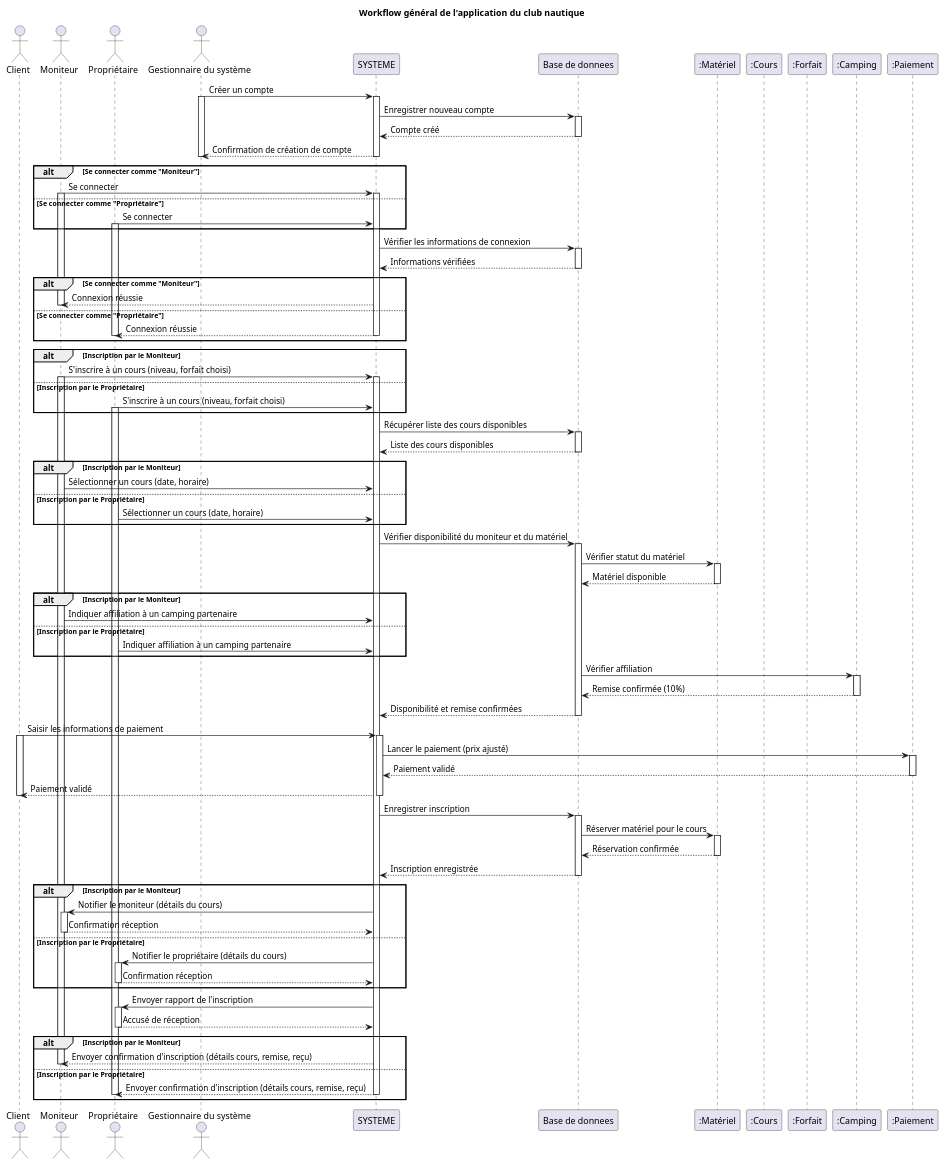
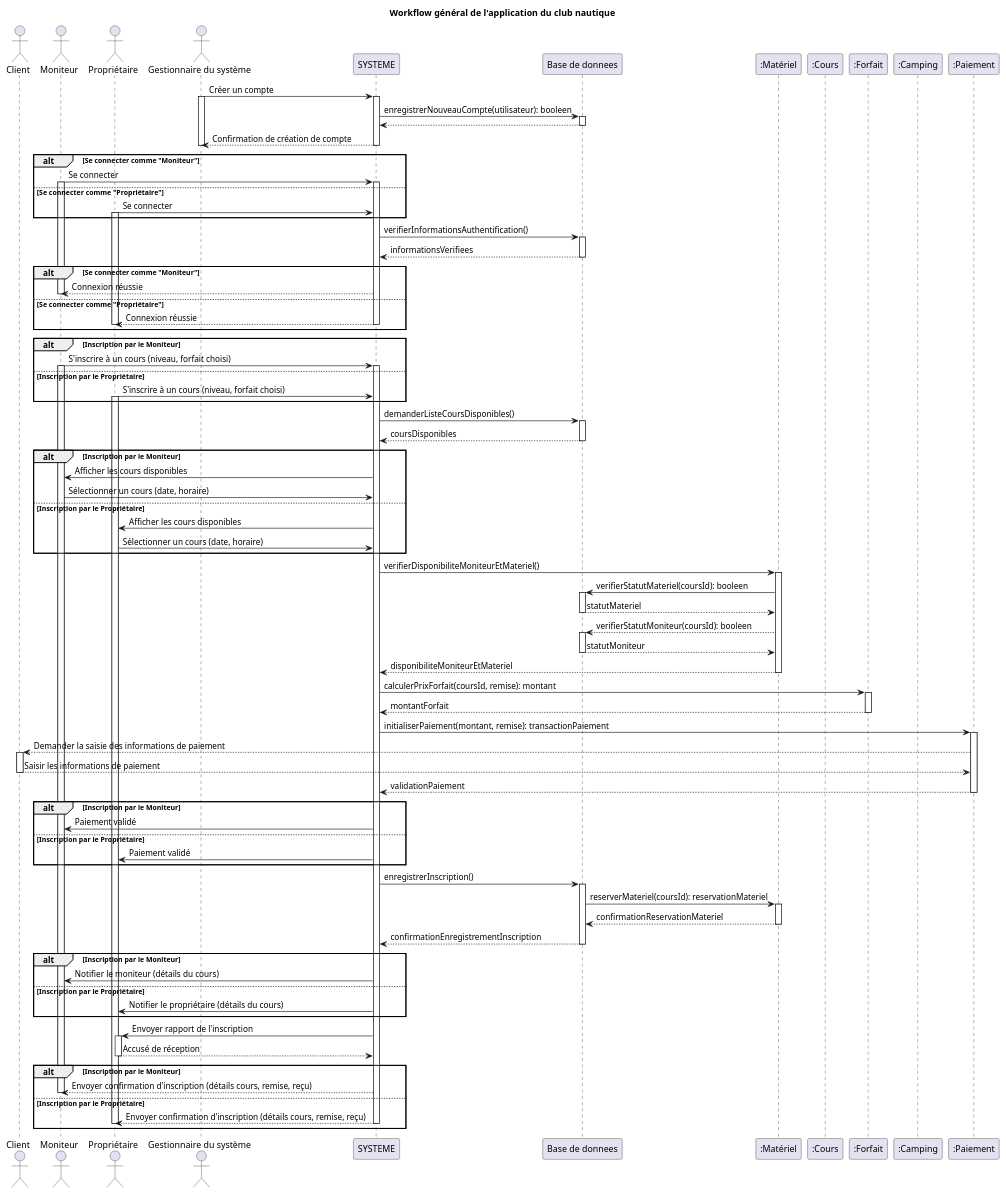
Before and after one commit to Hugo-COLLIN/MIAGE_CSI_NauticalClub: the diagram in docs/1-analysis/sequenceDiagrams/workflowSequenceDiagram.puml, drawn with PlantUML.

Commit message:
docs: complete review and changes

```diff
--- a/docs/1-analysis/sequenceDiagrams/workflowSequenceDiagram.puml
+++ b/docs/1-analysis/sequenceDiagrams/workflowSequenceDiagram.puml
@@ -1,138 +1,153 @@
 @startuml
 actor Client as C
 actor "Moniteur" as M
 actor "Propriétaire" as P
 actor "Gestionnaire du système" as A
 participant "SYSTEME" as App
 participant "Base de donnees" as DB
 participant ":Matériel" as Mat
 participant ":Cours" as Cour
 participant ":Forfait" as Forf
 participant ":Camping" as Camp
 participant ":Paiement" as Pay
 
 title Workflow général de l'application du club nautique
 
+' --- Création de compte ---
 A -> App : Créer un compte
 activate A
 activate App
-App -> DB : Enregistrer nouveau compte
+App -> DB : enregistrerNouveauCompte(utilisateur): booleen
 activate DB
-DB --> App : Compte créé
+DB --> App
 deactivate DB
 App --> A : Confirmation de création de compte
 deactivate App
 deactivate A
 
+/'
+alt Inscription par le Moniteur
+    M -> App : Indiquer affiliation à un camping partenaire
+else Inscription par le Propriétaire
+    P -> App : Indiquer affiliation à un camping partenaire
+end
+'/
+
+' --- Authentification ---
 alt Se connecter comme "Moniteur"
     M -> App : Se connecter
     activate M
     activate App
 else Se connecter comme "Propriétaire"
     P -> App : Se connecter
     activate P
 end
 
-App -> DB : Vérifier les informations de connexion
+App -> DB : verifierInformationsAuthentification()
 activate DB
-DB --> App : Informations vérifiées
+DB --> App : informationsVerifiees
 deactivate DB
 
 alt Se connecter comme "Moniteur"
     App --> M : Connexion réussie
     deactivate M
 else Se connecter comme "Propriétaire"
     App --> P : Connexion réussie
     deactivate P
     deactivate App
 end
 
+' --- Inscription à un cours ---
 alt Inscription par le Moniteur
     M -> App : S'inscrire à un cours (niveau, forfait choisi)
     activate M
     activate App
 else Inscription par le Propriétaire
     P -> App : S'inscrire à un cours (niveau, forfait choisi)
     activate P
 end
 
 activate App
 
-App -> DB : Récupérer liste des cours disponibles
+App -> DB : demanderListeCoursDisponibles()
 activate DB
-DB --> App : Liste des cours disponibles
+DB --> App : coursDisponibles
 deactivate DB
 
 alt Inscription par le Moniteur
+    App -> M : Afficher les cours disponibles
     M -> App : Sélectionner un cours (date, horaire)
 else Inscription par le Propriétaire
+    App -> P : Afficher les cours disponibles
     P -> App : Sélectionner un cours (date, horaire)
 end
 
-App -> DB : Vérifier disponibilité du moniteur et du matériel
+App -> Mat : verifierDisponibiliteMoniteurEtMateriel()
+activate Mat
+Mat -> DB : verifierStatutMateriel(coursId): booleen
 activate DB
-DB -> Mat : Vérifier statut du matériel
-activate Mat
-Mat --> DB : Matériel disponible
+DB --> Mat : statutMateriel
+deactivate DB
+Mat --> DB : verifierStatutMoniteur(coursId): booleen
+activate DB
+DB --> Mat : statutMoniteur
+deactivate DB
+Mat --> App : disponibiliteMoniteurEtMateriel
 deactivate Mat
 
+/'
+DB -> Camp : verifierAffiliation()
+activate Camp
+Camp --> DB : calculerRemiseCamping(): pourcentage
+deactivate Camp
+'/
+
+App -> Forf : calculerPrixForfait(coursId, remise): montant
+activate Forf
+Forf --> App : montantForfait
+deactivate Forf
+
+App -> Pay : initialiserPaiement(montant, remise): transactionPaiement
+activate Pay
+Pay --> C : Demander la saisie des informations de paiement
+activate C
+C --> Pay : Saisir les informations de paiement
+deactivate C
+Pay --> App : validationPaiement
+deactivate Pay
+
 alt Inscription par le Moniteur
-    M -> App : Indiquer affiliation à un camping partenaire
+    App -> M : Paiement validé
 else Inscription par le Propriétaire
-    P -> App : Indiquer affiliation à un camping partenaire
+    App -> P : Paiement validé
 end
 
-DB -> Camp : Vérifier affiliation
-activate Camp
-Camp --> DB : Remise confirmée (10%)
-deactivate Camp
-
-DB --> App : Disponibilité et remise confirmées
-deactivate DB
-
-C -> App : Saisir les informations de paiement
-activate C
-activate App
-App -> Pay : Lancer le paiement (prix ajusté)
-activate Pay
-Pay --> App : Paiement validé
-deactivate Pay
-App --> C : Paiement validé
-deactivate C
-deactivate App
-
-App -> DB : Enregistrer inscription
+App -> DB : enregistrerInscription()
 activate DB
-DB -> Mat : Réserver matériel pour le cours
+DB -> Mat : reserverMateriel(coursId): reservationMateriel
 activate Mat
-Mat --> DB : Réservation confirmée
+Mat --> DB : confirmationReservationMateriel
 deactivate Mat
-DB --> App : Inscription enregistrée
+DB --> App : confirmationEnregistrementInscription
 deactivate DB
 
 alt Inscription par le Moniteur
     App -> M : Notifier le moniteur (détails du cours)
-    activate M
-    M --> App : Confirmation réception
-    deactivate M
 else Inscription par le Propriétaire
     App -> P : Notifier le propriétaire (détails du cours)
-    activate P
-    P --> App : Confirmation réception
-    deactivate P
 end
 
 App -> P : Envoyer rapport de l'inscription
 activate P
 P --> App : Accusé de réception
 deactivate P
 
 alt Inscription par le Moniteur
     App --> M : Envoyer confirmation d'inscription (détails cours, remise, reçu)
     deactivate M
 else Inscription par le Propriétaire
     App --> P : Envoyer confirmation d'inscription (détails cours, remise, reçu)
     deactivate App
     deactivate P
 end
 @enduml
```
